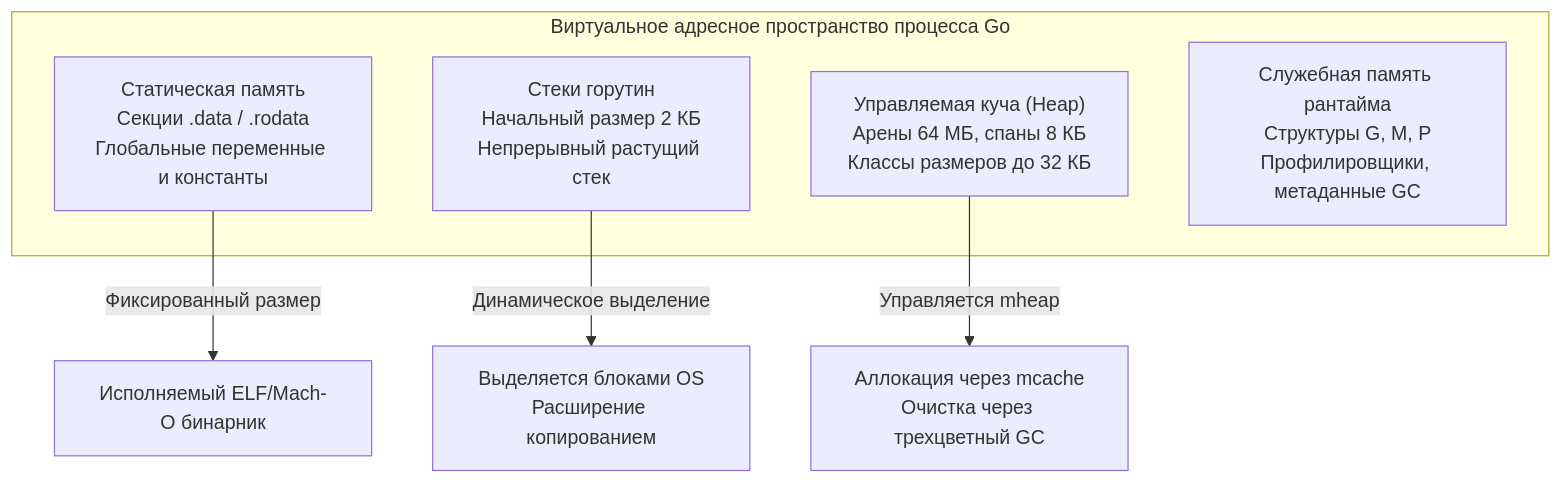
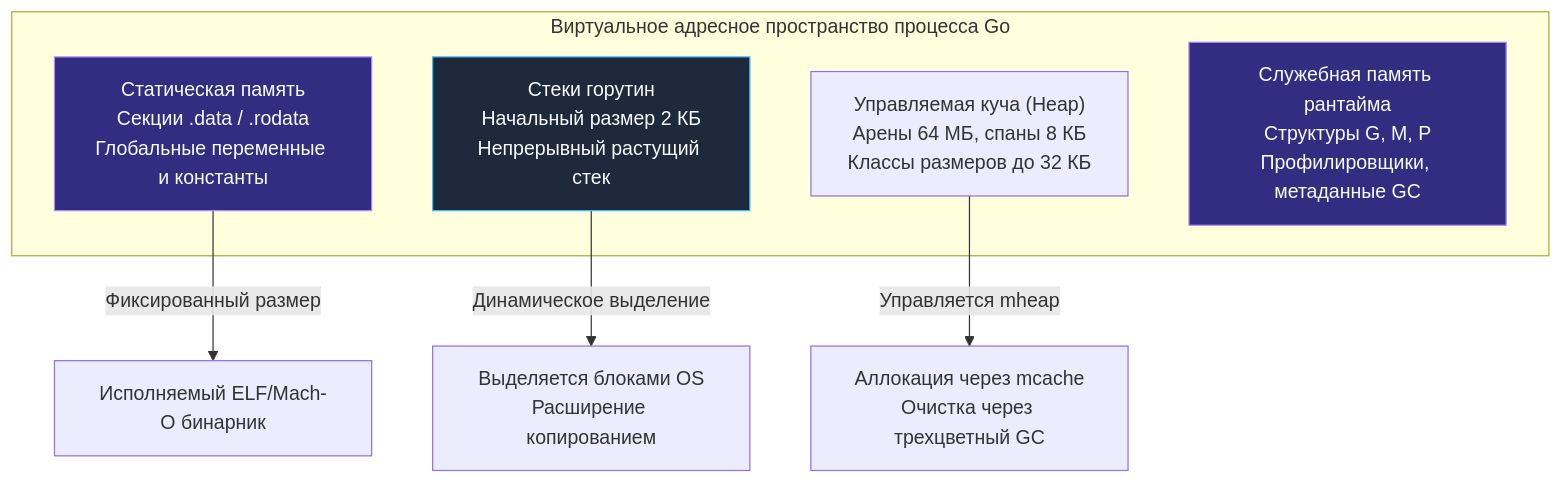
Before and after one commit to UnrealTemplier/go-textbook: the first of 2 diagrams in sources/16. Профилирование, отладка и производительность/04. Memory profiling/1. Memory model Go.md, drawn with Mermaid. The commit also changed other lines of this file and 1666 other files, not shown here.

First line of the commit message:
feat(mermaid): add semantic color classDef to 1369 colorless flowchart/graph diagrams

````diff
--- a/sources/16. Профилирование, отладка и производительность/04. Memory profiling/1. Memory model Go.md
+++ b/sources/16. Профилирование, отладка и производительность/04. Memory profiling/1. Memory model Go.md
@@ -69,12 +69,22 @@
 ```mermaid
 flowchart TD
+    classDef process  fill:#1e293b,stroke:#38bdf8,stroke-width:1px,color:#f8fafc
+    classDef success  fill:#064e3b,stroke:#34d399,stroke-width:1px,color:#f8fafc
+    classDef error    fill:#7f1d1d,stroke:#f87171,stroke-width:1px,color:#f8fafc
+    classDef warning  fill:#78350f,stroke:#fbbf24,stroke-width:1px,color:#f8fafc
+    classDef entry    fill:#1e3a5f,stroke:#38bdf8,stroke-width:2px,color:#f8fafc
+    classDef aux      fill:#334155,stroke:#64748b,stroke-width:1px,color:#f8fafc
+    classDef system   fill:#312e81,stroke:#a78bfa,stroke-width:1px,color:#f8fafc
+    classDef data     fill:#132d29,stroke:#2dd4bf,stroke-width:1px,color:#f8fafc
+    classDef network  fill:#881337,stroke:#fb7185,stroke-width:1px,color:#f8fafc
+    classDef accent   fill:#1e1b4b,stroke:#818cf8,stroke-width:1px,color:#f8fafc
     subgraph "Виртуальное адресное пространство процесса Go"
-        A["Статическая память<br>Секции .data / .rodata<br>Глобальные переменные и константы"]
-        B["Стеки горутин<br>Начальный размер 2 КБ<br>Непрерывный растущий стек"]
+        A["Статическая память<br>Секции .data / .rodata<br>Глобальные переменные и константы"]:::system
+        B["Стеки горутин<br>Начальный размер 2 КБ<br>Непрерывный растущий стек"]:::process
         C["Управляемая куча (Heap)<br>Арены 64 МБ, спаны 8 КБ<br>Классы размеров до 32 КБ"]
-        D["Служебная память рантайма<br>Структуры G, M, P<br>Профилировщики, метаданные GC"]
+        D["Служебная память рантайма<br>Структуры G, M, P<br>Профилировщики, метаданные GC"]:::system
     end
     A -->|"Фиксированный размер"| Bin["Исполняемый ELF/Mach-O бинарник"]
     B -->|"Динамическое выделение"| Stack["Выделяется блоками OS<br>Расширение копированием"]
     C -->|"Управляется mheap"| Heap["Аллокация через mcache<br>Очистка через трехцветный GC"]
 ```
````
